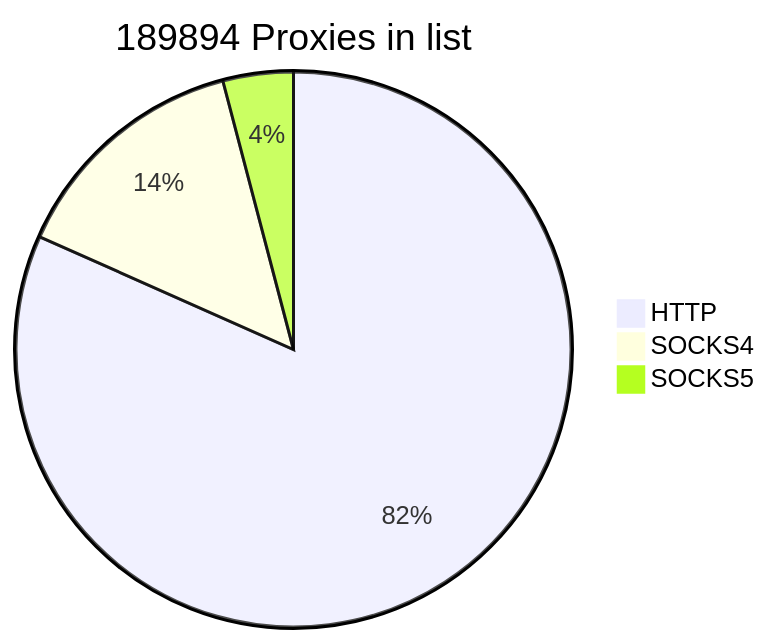
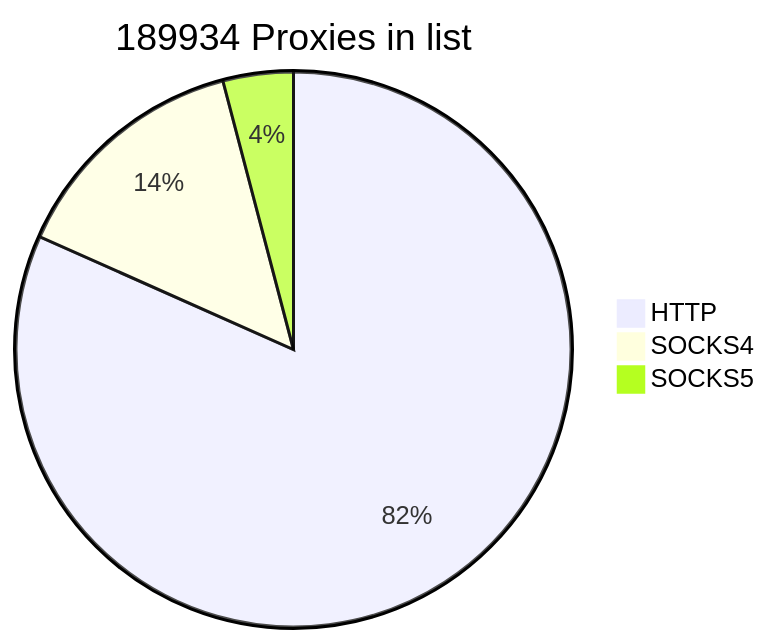
The first of 2 diagrams in README.md (cutipu/proxylist), drawn with Mermaid before and after one commit. The commit also changed other lines of this file, not shown here.

````diff
--- a/README.md
+++ b/README.md
@@ -2,7 +2,7 @@
 ```mermaid
-pie title 189894 Proxies in list
-    "HTTP" : 155050
-    "SOCKS4" : 27074
-    "SOCKS5" : 7770
+pie title 189934 Proxies in list
+    "HTTP" : 155092
+    "SOCKS4" : 27073
+    "SOCKS5" : 7769
             
 ```
````
